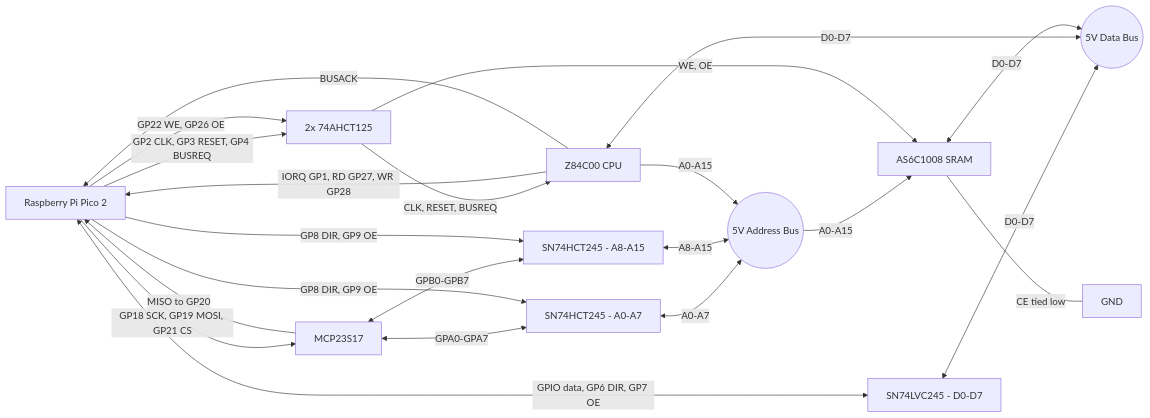
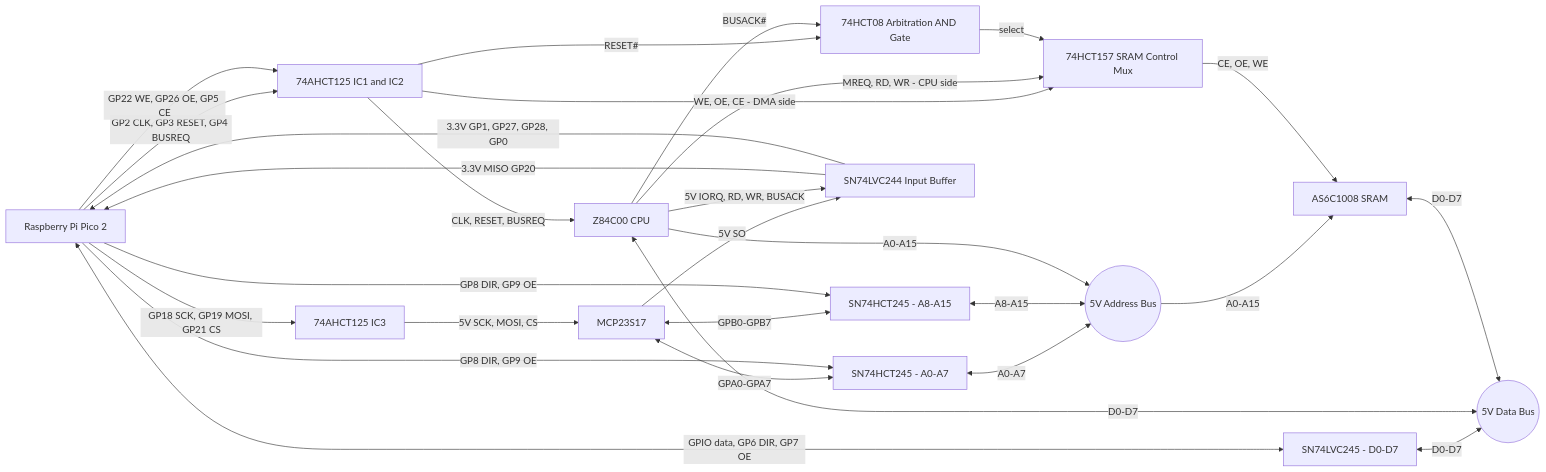
The ninth of 9 diagrams in Z80_ROMless_SBC_Spec_v21.md (gloveboxes/Z80ROMlessSBC), drawn with Mermaid before and after one commit. The commit also changed other lines of this file and 20 other files, not shown here.

````diff
--- a/Z80_ROMless_SBC_Spec_v21.md
+++ b/Z80_ROMless_SBC_Spec_v21.md
@@ -503,37 +952,47 @@
 ```mermaid
 flowchart LR
   PICO[Raspberry Pi Pico 2]
   MCP[MCP23S17]
   HCTLOW[SN74HCT245 - A0-A7]
   HCTHIGH[SN74HCT245 - A8-A15]
   LVC[SN74LVC245 - D0-D7]
   ABUS((5V Address Bus))
   DBUS((5V Data Bus))
   Z80[Z84C00 CPU]
   SRAM[AS6C1008 SRAM]
-  AHCT[2x 74AHCT125]
+  AHCT[74AHCT125 IC1 and IC2]
+  AHCT3[74AHCT125 IC3]
+  MUX[74HCT157 SRAM Control Mux]
+  ANDGATE[74HCT08 Arbitration AND Gate]
+  INPUT244[SN74LVC244 Input Buffer]
 
-  PICO -->|GP18 SCK, GP19 MOSI, GP21 CS| MCP
-  MCP -->|MISO to GP20| PICO
+  PICO -->|GP18 SCK, GP19 MOSI, GP21 CS| AHCT3
+  AHCT3 -->|5V SCK, MOSI, CS| MCP
+  MCP -->|5V SO| INPUT244
+  INPUT244 -->|3.3V MISO GP20| PICO
   MCP <-->|GPA0-GPA7| HCTLOW
   MCP <-->|GPB0-GPB7| HCTHIGH
   PICO -->|GP8 DIR, GP9 OE| HCTLOW
   PICO -->|GP8 DIR, GP9 OE| HCTHIGH
   HCTLOW <-->|A0-A7| ABUS
   HCTHIGH <-->|A8-A15| ABUS
   Z80 -->|A0-A15| ABUS
   ABUS -->|A0-A15| SRAM
 
   PICO <-->|GPIO data, GP6 DIR, GP7 OE| LVC
   LVC <-->|D0-D7| DBUS
   Z80 <-->|D0-D7| DBUS
   SRAM <-->|D0-D7| DBUS
 
   PICO -->|GP2 CLK, GP3 RESET, GP4 BUSREQ| AHCT
-  PICO -->|GP22 WE, GP26 OE| AHCT
+  PICO -->|GP22 WE, GP26 OE, GP5 CE| AHCT
   AHCT -->|CLK, RESET, BUSREQ| Z80
-  AHCT -->|WE, OE| SRAM
-  Z80 -->|IORQ GP1, RD GP27, WR GP28| PICO
-  Z80 -->|BUSACK| PICO
-  SRAM ---|CE tied low| GND[GND]
+  AHCT -->|WE, OE, CE - DMA side| MUX
+  Z80 -->|MREQ, RD, WR - CPU side| MUX
+  AHCT -->|RESET#| ANDGATE
+  Z80 -->|BUSACK#| ANDGATE
+  ANDGATE -->|select| MUX
+  MUX -->|CE, OE, WE| SRAM
+  Z80 -->|5V IORQ, RD, WR, BUSACK| INPUT244
+  INPUT244 -->|3.3V GP1, GP27, GP28, GP0| PICO
 ```
````
